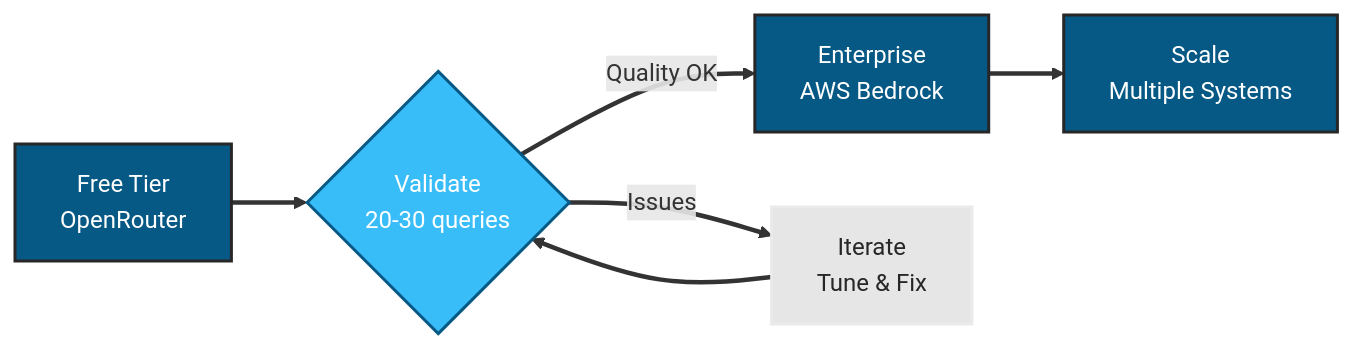
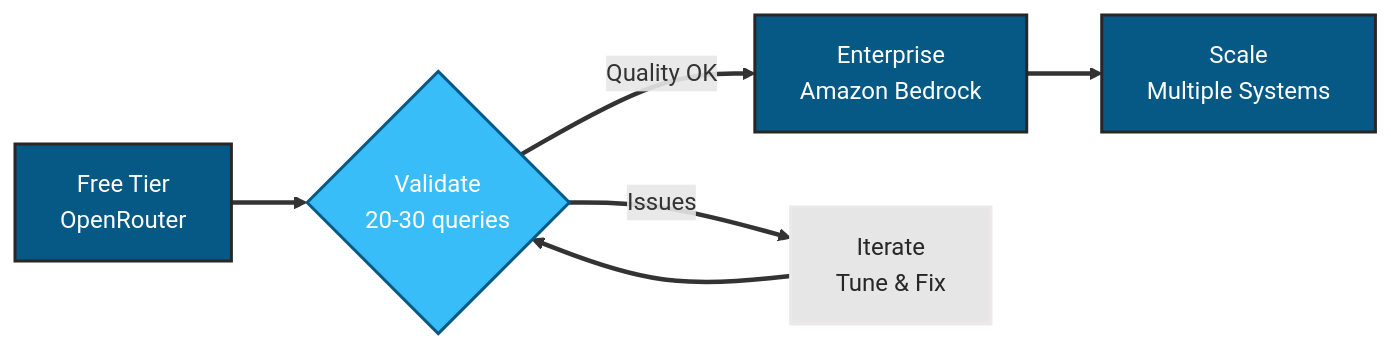
Before and after one commit to clouatre-labs/clouatre.ca: the diagram in src/assets/diagrams/migration-path.mmd, drawn with Mermaid. The commit also changed 1 other file, not shown here.

Commit message:
docs(blog): fix AWS Bedrock to Amazon Bedrock in migration diagram

```diff
--- a/src/assets/diagrams/migration-path.mmd
+++ b/src/assets/diagrams/migration-path.mmd
@@ -1,17 +1,17 @@
 graph LR
     A[Free Tier<br/>OpenRouter] --> B{Validate<br/>20-30 queries}
-    B -->|Quality OK| C[Enterprise<br/>AWS Bedrock]
+    B -->|Quality OK| C[Enterprise<br/>Amazon Bedrock]
     B -->|Issues| D[Iterate<br/>Tune & Fix]
     D --> B
     C --> E[Scale<br/>Multiple Systems]
 
     classDef primary fill:#075985,stroke:#282728,stroke-width:2px,color:#fff
     classDef secondary fill:#e6e6e6,stroke:#ece9e9,stroke-width:2px,color:#282728
     classDef accent fill:#38bdf8,stroke:#075985,stroke-width:2px,color:#fff
     classDef muted fill:#fdfdfd,stroke:#ece9e9,stroke-width:1px,color:#282728
 
     class A,C,E primary
     class B accent
     class D secondary
 
     linkStyle default stroke-width:3px
```
